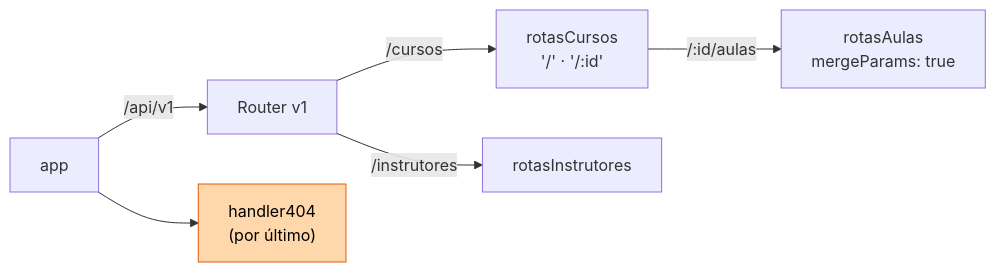
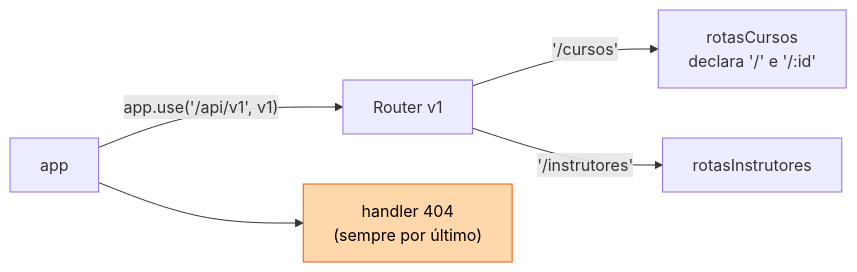
One commit to kessleru/Backend-express changed the first of 2 diagrams in docs/04-roteamento.md. Above: the diagram before and after it, drawn with Mermaid. The commit also changed other lines of this file, not shown here.

````diff
--- a/docs/04-roteamento.md
+++ b/docs/04-roteamento.md
@@ -26,9 +84,8 @@
 ```mermaid
 flowchart LR
-    APP["app"] -->|"/api/v1"| V1["Router v1"]
-    V1 -->|"/cursos"| RC["rotasCursos<br/>'/' · '/:id'"]
-    V1 -->|"/instrutores"| RI["rotasInstrutores"]
-    RC -->|"/:id/aulas"| RA["rotasAulas<br/>mergeParams: true"]
-    APP --> N404["handler404<br/>(por último)"]
+    APP["app"] -->|"app.use('/api/v1', v1)"| V1["Router v1"]
+    V1 -->|"'/cursos'"| RC["rotasCursos<br/>declara '/' e '/:id'"]
+    V1 -->|"'/instrutores'"| RI["rotasInstrutores"]
+    APP --> N404["handler 404<br/>(sempre por último)"]
     style N404 fill:#fed7aa,stroke:#ea580c,color:#000
 ```
````
